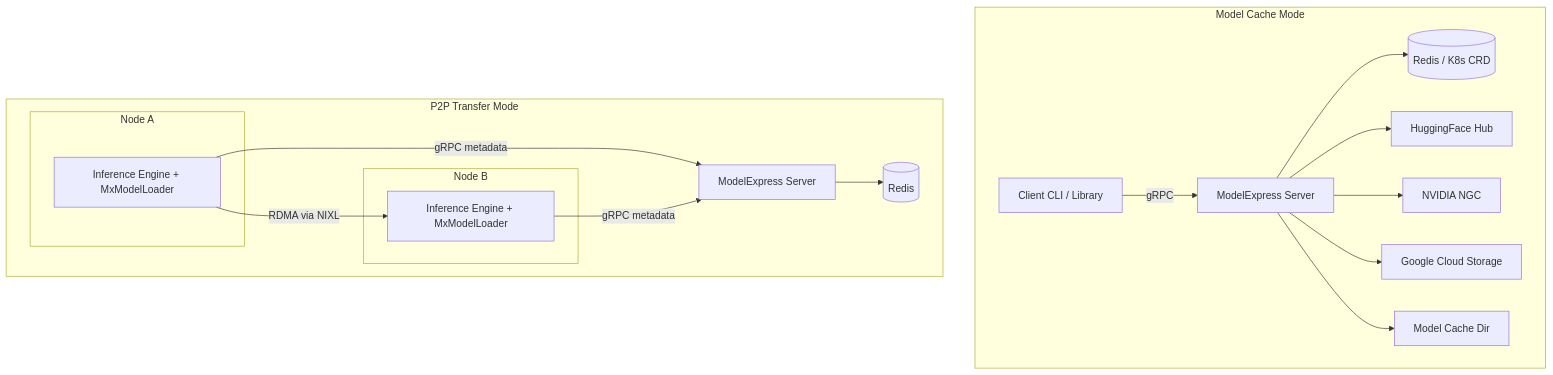
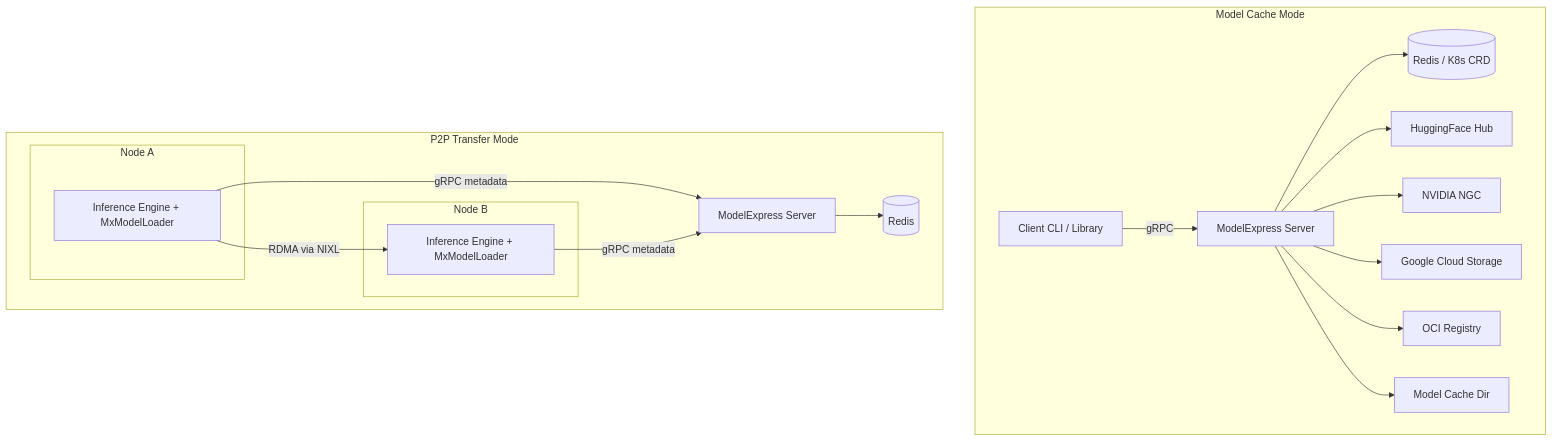
One commit to ai-dynamo/modelexpress changed the first of 3 diagrams in docs/ARCHITECTURE.md. Above: the diagram before and after it, drawn with Mermaid. The commit also changed other lines of this file and 29 other files, not shown here.

````diff
--- a/docs/ARCHITECTURE.md
+++ b/docs/ARCHITECTURE.md
@@ -26,24 +26,25 @@
 ```mermaid
 graph TD
     subgraph "Model Cache Mode"
         C1[Client CLI / Library] -->|gRPC| S1[ModelExpress Server]
         S1 --> R1[(Redis / K8s CRD)]
         S1 --> HF[HuggingFace Hub]
         S1 --> NGC[NVIDIA NGC]
         S1 --> GCS[Google Cloud Storage]
+        S1 --> OCI[OCI Registry]
         S1 --> Cache[Model Cache Dir]
     end
 
     subgraph "P2P Transfer Mode"
         subgraph "Node A"
             A[Inference Engine + MxModelLoader]
         end
         subgraph "Node B"
             B[Inference Engine + MxModelLoader]
         end
         A -->|gRPC metadata| S2[ModelExpress Server]
         B -->|gRPC metadata| S2
         S2 --> R[(Redis)]
         A -- "RDMA via NIXL" --> B
     end
 ```
````
